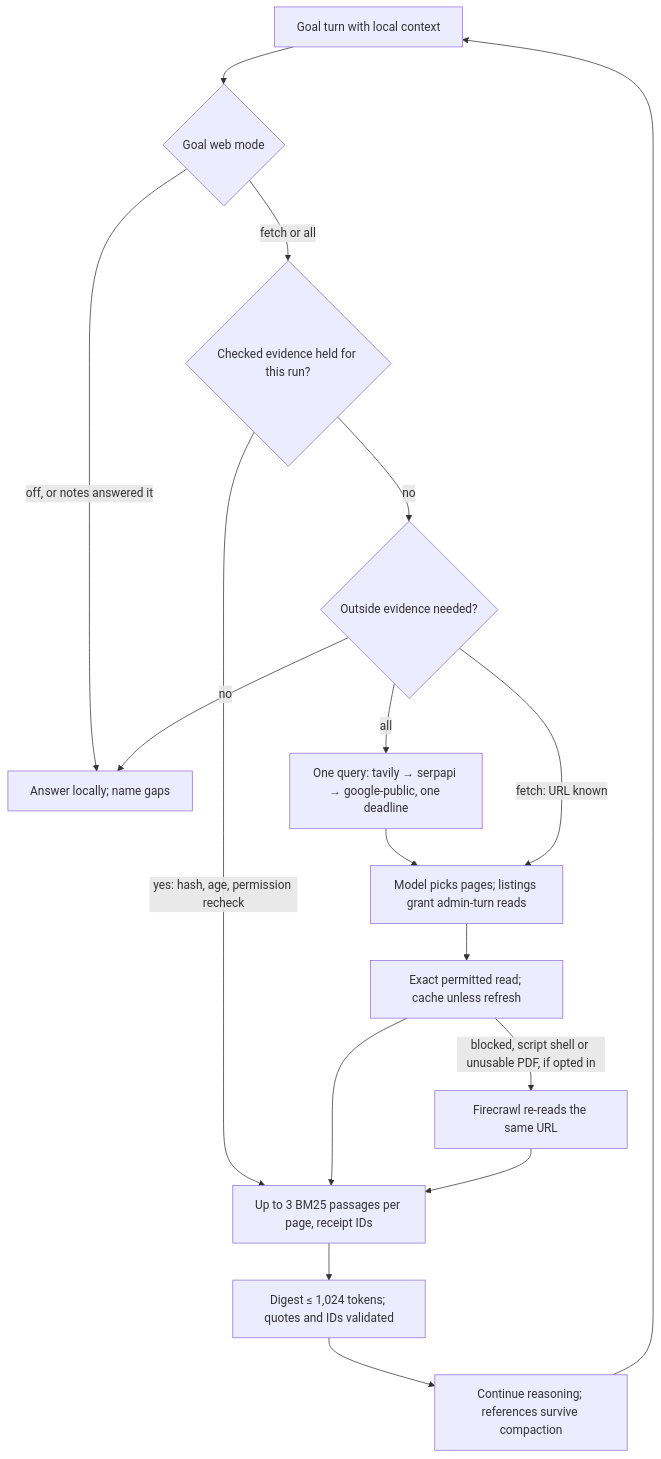
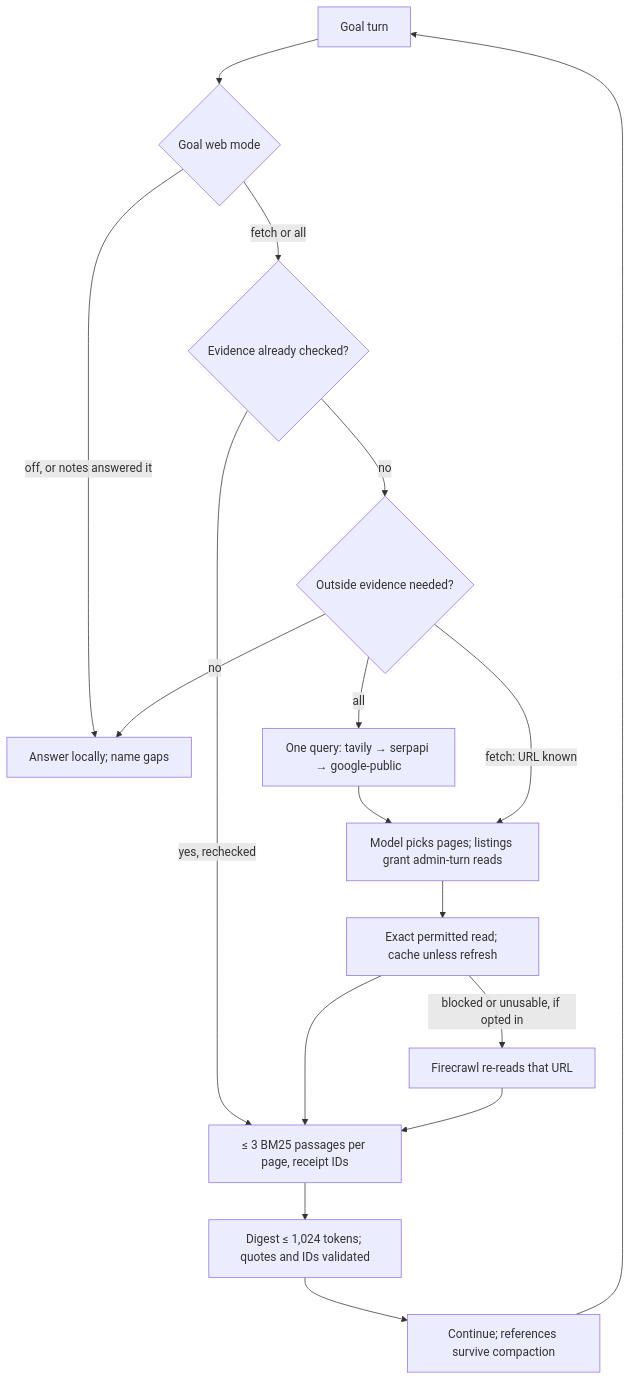
Before and after one commit to cgfixit/CG-agent-harness: the diagram in README.md, drawn with Mermaid. The commit also changed other lines of this file and 2 other files, not shown here.

````diff
--- a/README.md
+++ b/README.md
@@ -29,19 +29,19 @@
 ```mermaid
 flowchart TD
-    A[Goal turn with local context] --> B{Goal web mode}
+    A[Goal turn] --> B{Goal web mode}
     B -->|off, or notes answered it| C[Answer locally; name gaps]
-    B -->|fetch or all| D{Checked evidence held for this run?}
-    D -->|yes: hash, age, permission recheck| H
+    B -->|fetch or all| D{Evidence already checked?}
+    D -->|yes, rechecked| H
     D -->|no| E{Outside evidence needed?}
     E -->|no| C
-    E -->|all| F[One query: tavily → serpapi → google-public, one deadline]
+    E -->|all| F[One query: tavily → serpapi → google-public]
     F --> G[Model picks pages; listings grant admin-turn reads]
     E -->|fetch: URL known| G
     G --> I[Exact permitted read; cache unless refresh]
-    I -->|blocked, script shell or unusable PDF, if opted in| J[Firecrawl re-reads the same URL]
-    I --> H[Up to 3 BM25 passages per page, receipt IDs]
+    I -->|blocked or unusable, if opted in| J[Firecrawl re-reads that URL]
+    I --> H[≤ 3 BM25 passages per page, receipt IDs]
     J --> H
     H --> K[Digest ≤ 1,024 tokens; quotes and IDs validated]
-    K --> L[Continue reasoning; references survive compaction]
+    K --> L[Continue; references survive compaction]
     L --> A
 ```
````
